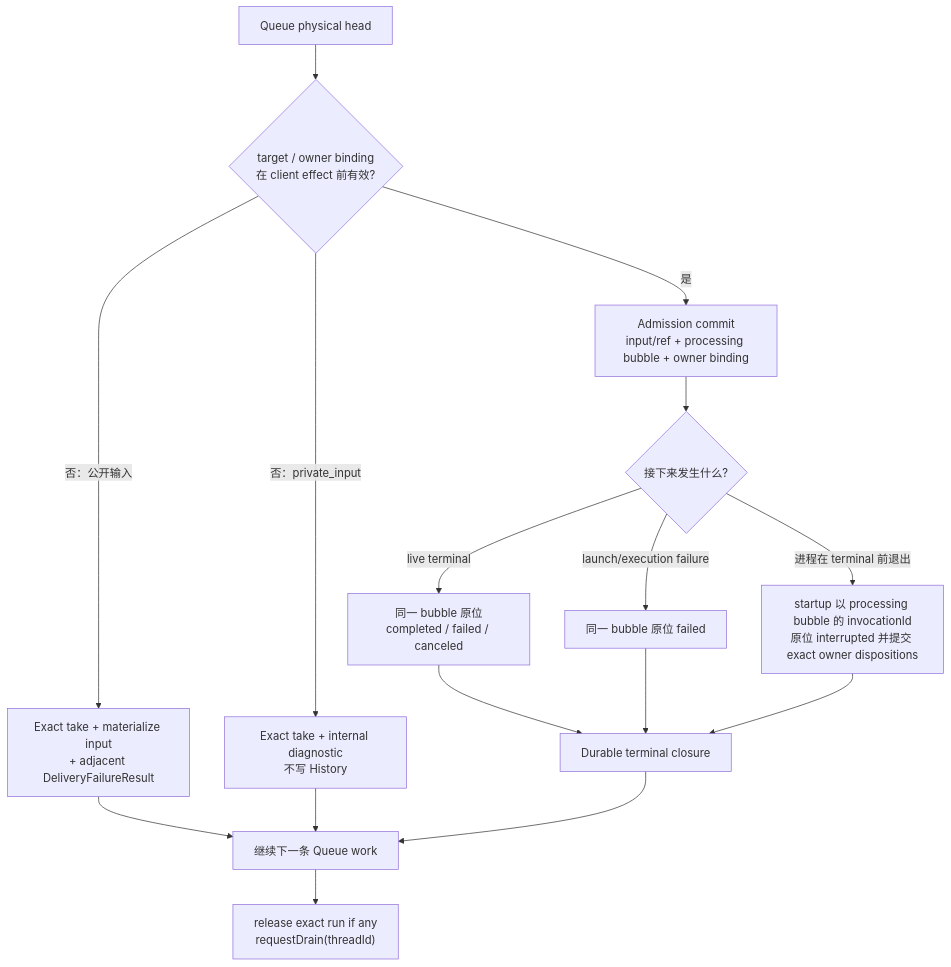
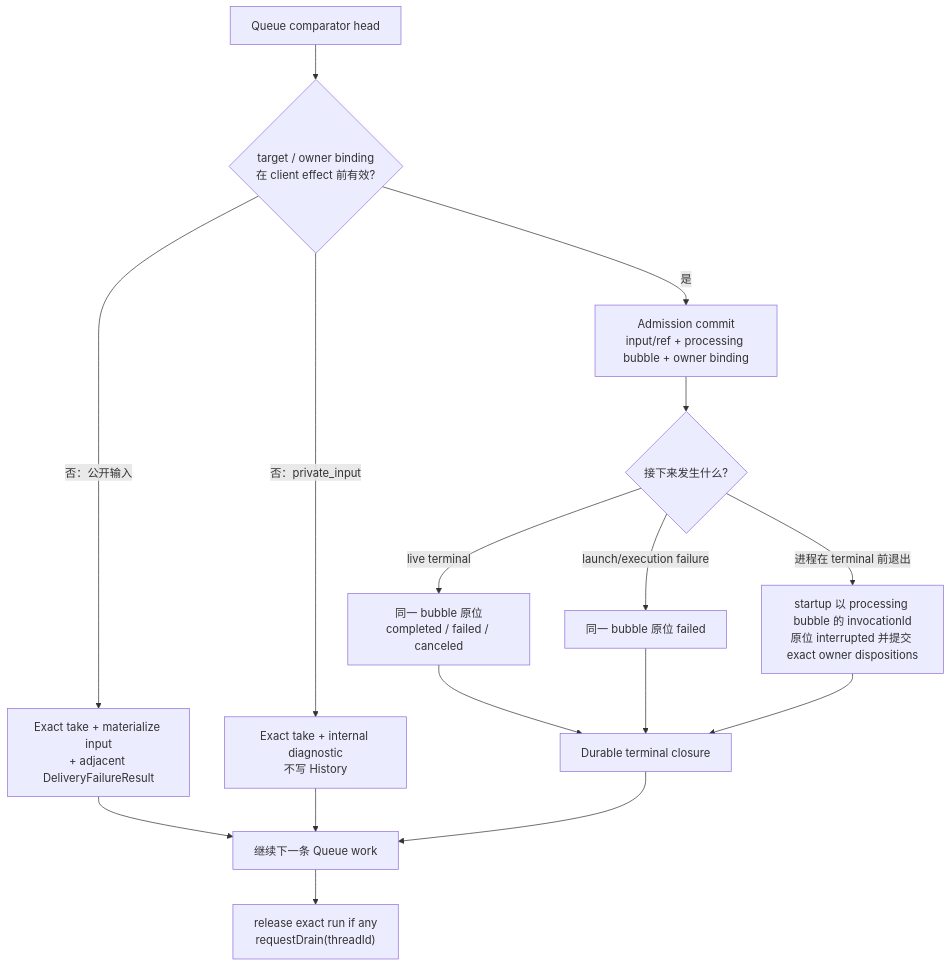
Before and after one commit to zts212653/clowder-ai: the sixth of 8 diagrams in docs/architecture/message-delivery-handling-handoff-audit.md, drawn with Mermaid. The commit also changed other lines of this file, not shown here.

First line of the commit message:
docs(architecture): clarify Queue lifecycle contracts

````diff
--- a/docs/architecture/message-delivery-handling-handoff-audit.md
+++ b/docs/architecture/message-delivery-handling-handoff-audit.md
@@ -268,18 +268,18 @@
 ```mermaid
 flowchart TD
-    Q["Queue physical head"] --> V{"target / owner binding<br/>在 client effect 前有效?"}
+    Q["Queue comparator head"] --> V{"target / owner binding<br/>在 client effect 前有效?"}
     V -->|"否：公开输入"| PF["Exact take + materialize input<br/>+ adjacent DeliveryFailureResult"]
     V -->|"否：private_input"| PI["Exact take + internal diagnostic<br/>不写 History"]
     V -->|"是"| A["Admission commit<br/>input/ref + processing bubble + owner binding"]
     A --> C{"接下来发生什么?"}
     C -->|"live terminal"| T["同一 bubble 原位<br/>completed / failed / canceled"]
     C -->|"launch/execution failure"| F["同一 bubble 原位 failed"]
     C -->|"进程在 terminal 前退出"| I["startup 以 processing bubble 的 invocationId<br/>原位 interrupted 并提交 exact owner dispositions"]
     T --> X["Durable terminal closure"]
     F --> X
     I --> X
     PF --> N["继续下一条 Queue work"]
     PI --> N
     X --> N
     N --> D["release exact run if any<br/>requestDrain(threadId)"]
 ```
````
